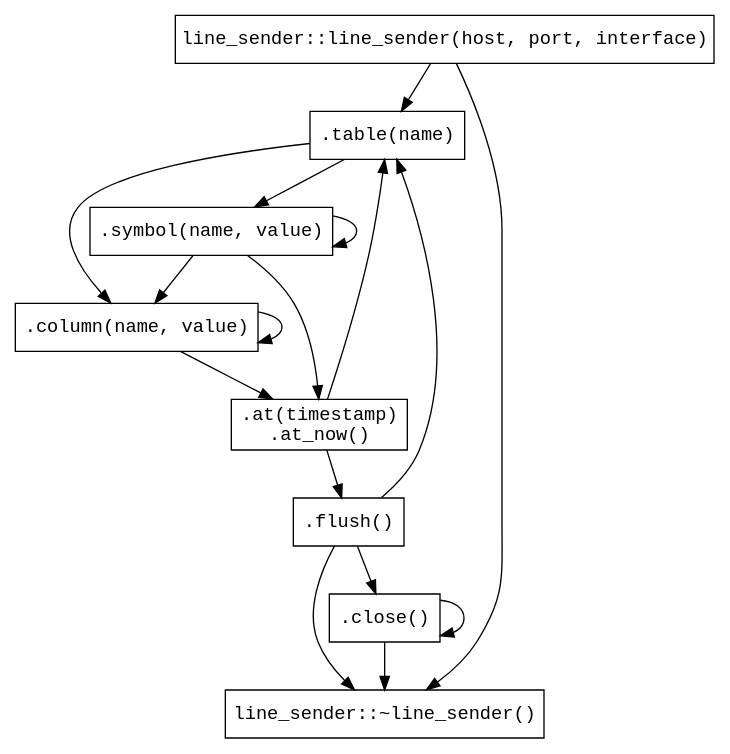
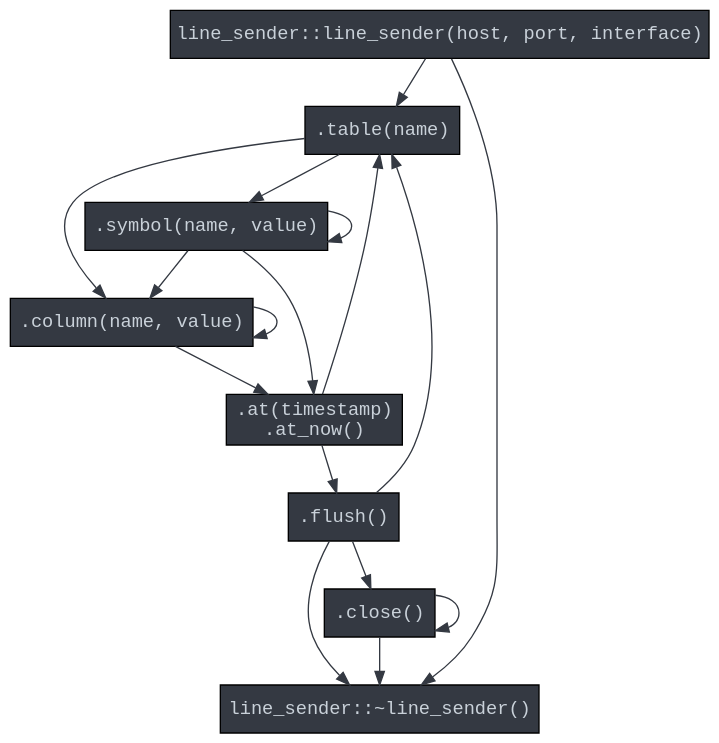
One commit to questdb/c-questdb-client changed the diagram in api_seq/cpp.dot. Above: the diagram before and after it, drawn with Graphviz. The commit also changed 4 other files, not shown here.

Commit message:
docs: Improved section explaining protocol and diagrams.

```diff
--- a/api_seq/cpp.dot
+++ b/api_seq/cpp.dot
@@ -1,30 +1,37 @@
 digraph line_sender_cpp_api {
 
-  node [shape=box, fontname=monospace];
+  graph [bgcolor=transparent];
+  node [
+    style=filled,
+    shape=box,
+    fillcolor="#343942",
+    fontcolor="#C9D1D9",
+    fontname=monospace];
+  edge [color="#343942"];
 
   line_sender -> table;
   line_sender -> dtor;
   table -> symbol;
   symbol -> symbol;
   symbol -> column;
   symbol -> at;
   table -> column;
   column -> column;
   column -> at;
   at -> flush;
   flush -> close;
   flush -> dtor;
   at -> table;
   flush -> table;
   close -> close;
   close -> dtor;
 
   line_sender [label="line_sender::line_sender(host, port, interface)"];
   table [label=".table(name)"];
   symbol [label=".symbol(name, value)"];
   column [label=".column(name, value)"]
   flush [label=".flush()"];
   close [label=".close()"];
   dtor [label="line_sender::~line_sender()"];
   at [label=".at(timestamp)\n.at_now()"];
 }
```
